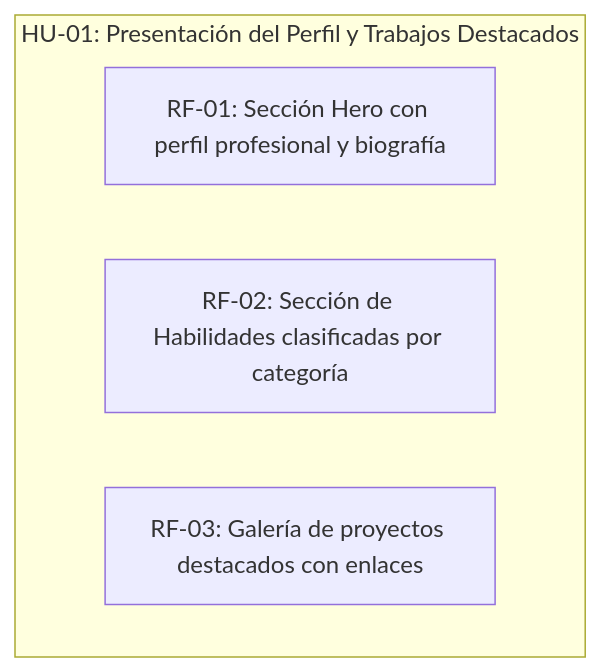
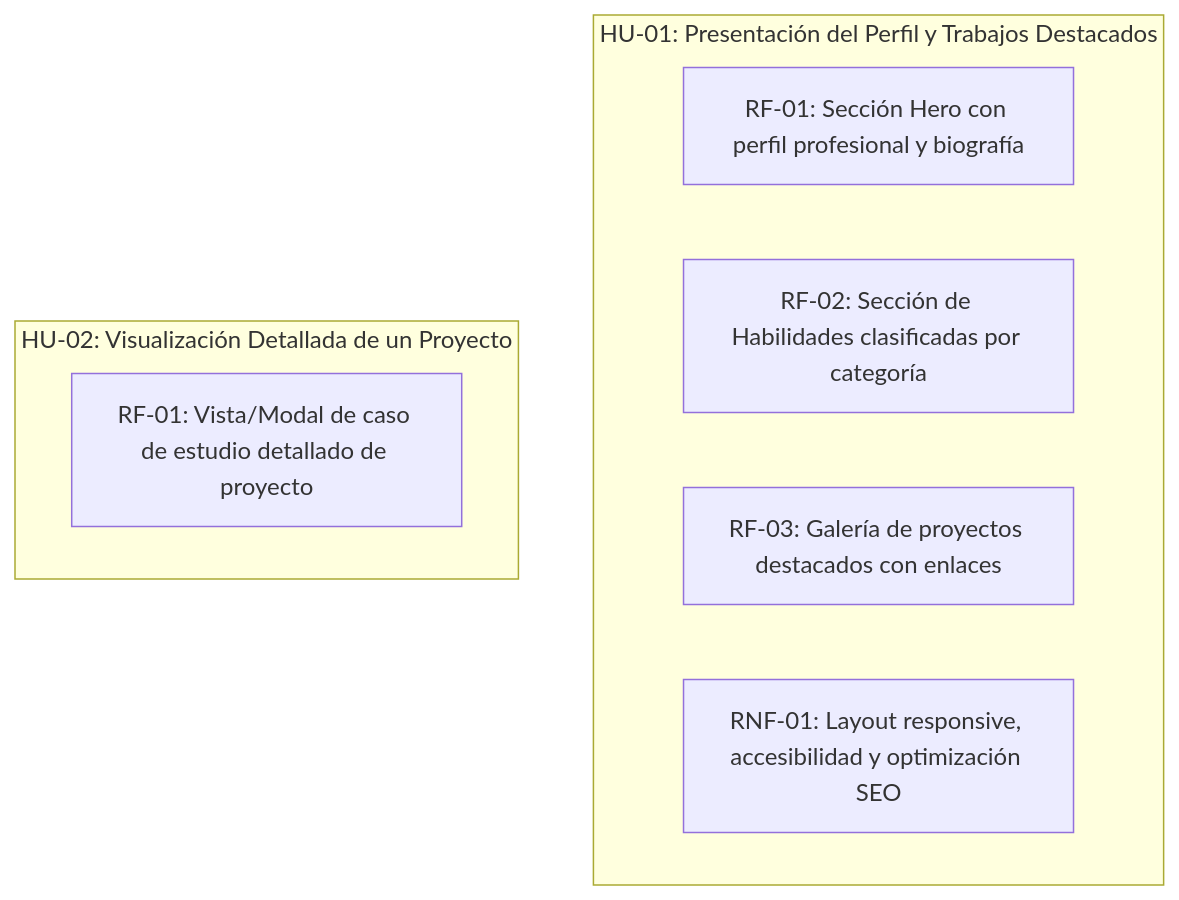
One commit to SVGiannoni/PORTFOLIO changed the diagram in scrumDocs/grafo.md. Above: the diagram before and after it, drawn with Mermaid. The commit also changed other lines of this file, not shown here.

Commit message:
Auto-publish: actualiza scrumDocs/grafo.md

````diff
--- a/scrumDocs/grafo.md
+++ b/scrumDocs/grafo.md
@@ -5,8 +5,12 @@
 ```mermaid
 graph TD
   subgraph US_1788275867284["HU-01: Presentación del Perfil y Trabajos Destacados"]
     REQ_1788276365513["RF-01: Sección Hero con perfil profesional y biografía"]
     REQ_1788276394018["RF-02: Sección de Habilidades clasificadas por categoría"]
     REQ_1788276396963["RF-03: Galería de proyectos destacados con enlaces"]
+    REQ_1788276400353["RNF-01: Layout responsive, accesibilidad y optimización SEO"]
+  end
+  subgraph US_1788275876379["HU-02: Visualización Detallada de un Proyecto"]
+    REQ_1788276403305["RF-01: Vista/Modal de caso de estudio detallado de proyecto"]
   end
 ```
````
